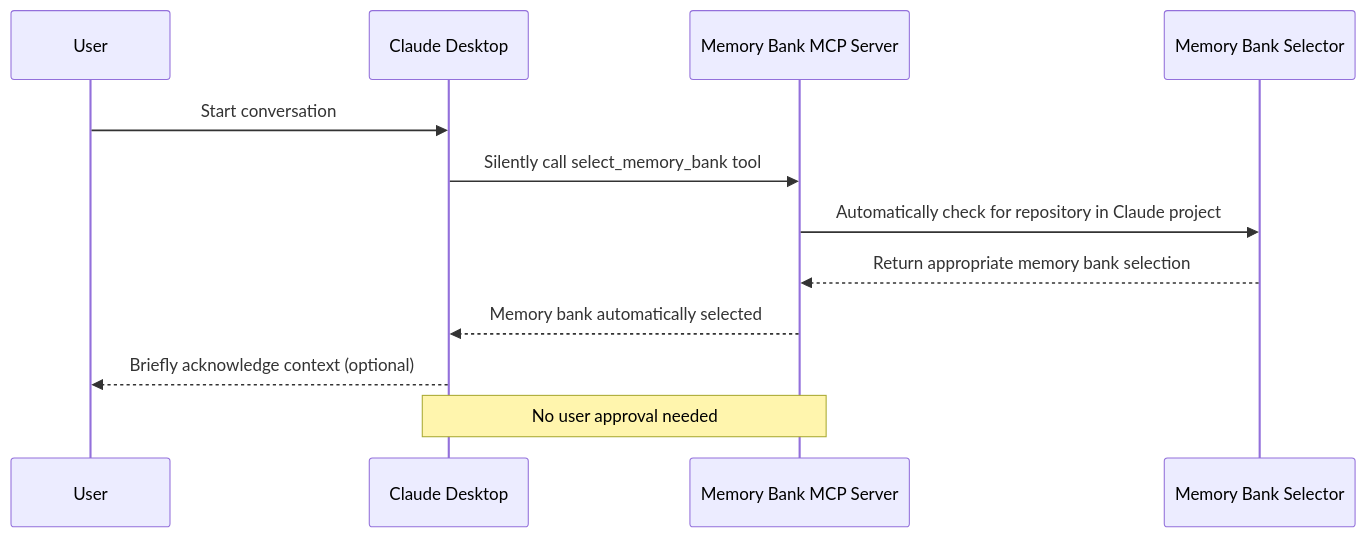
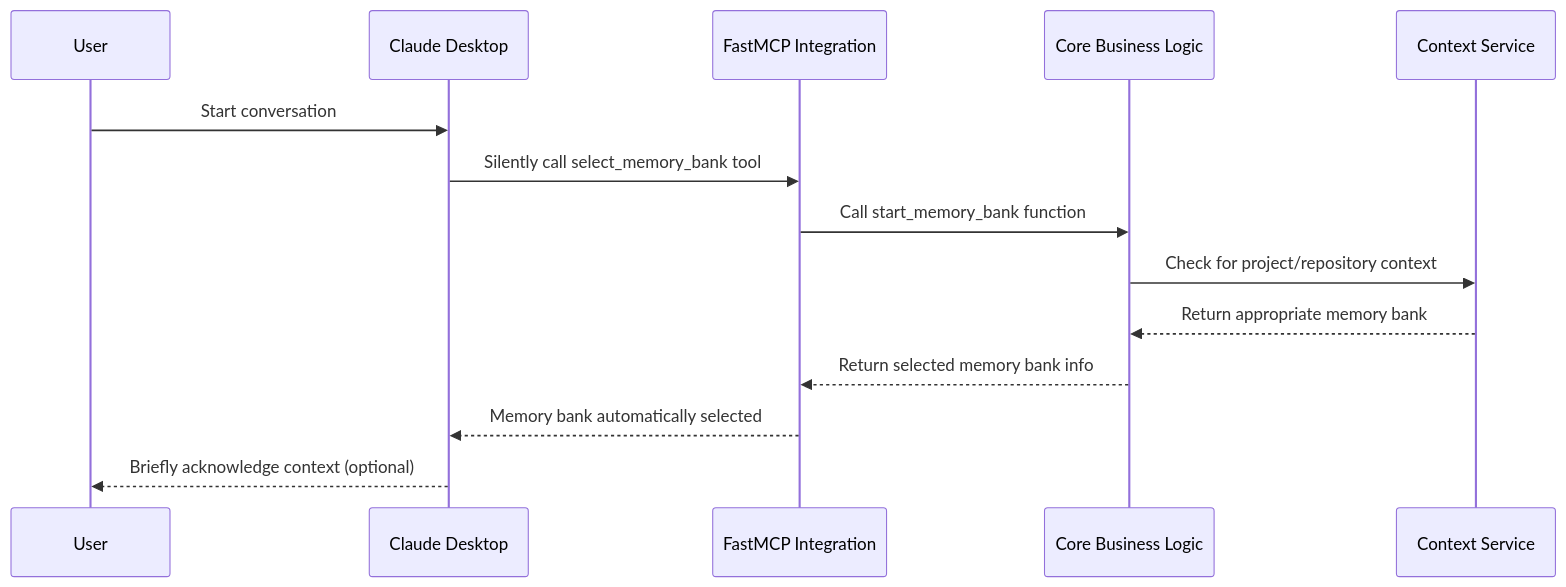
One commit to philippe-guerit/claude-desktop-memory-bank changed the seventh of 9 diagrams in doc/mcp-design.md. Above: the diagram before and after it, drawn with Mermaid. The commit also changed other lines of this file and 49 other files, not shown here.

Commit message:
major architecture refactor - untested

````diff
--- a/doc/mcp-design.md
+++ b/doc/mcp-design.md
@@ -228,15 +308,17 @@
 ```mermaid
 sequenceDiagram
     participant User
     participant CD as Claude Desktop
-    participant MCP as Memory Bank MCP Server
-    participant MBS as Memory Bank Selector
+    participant FastMCP as FastMCP Integration
+    participant Core as Core Business Logic
+    participant ContextSvc as Context Service
     
     User->>CD: Start conversation
-    CD->>MCP: Silently call select_memory_bank tool
-    MCP->>MBS: Automatically check for repository in Claude project
-    MBS-->>MCP: Return appropriate memory bank selection
-    MCP-->>CD: Memory bank automatically selected
+    CD->>FastMCP: Silently call select_memory_bank tool
+    FastMCP->>Core: Call start_memory_bank function
+    Core->>ContextSvc: Check for project/repository context
+    ContextSvc-->>Core: Return appropriate memory bank
+    Core-->>FastMCP: Return selected memory bank info
+    FastMCP-->>CD: Memory bank automatically selected
     CD-->>User: Briefly acknowledge context (optional)
-    Note over CD,MCP: No user approval needed
 ```
````
